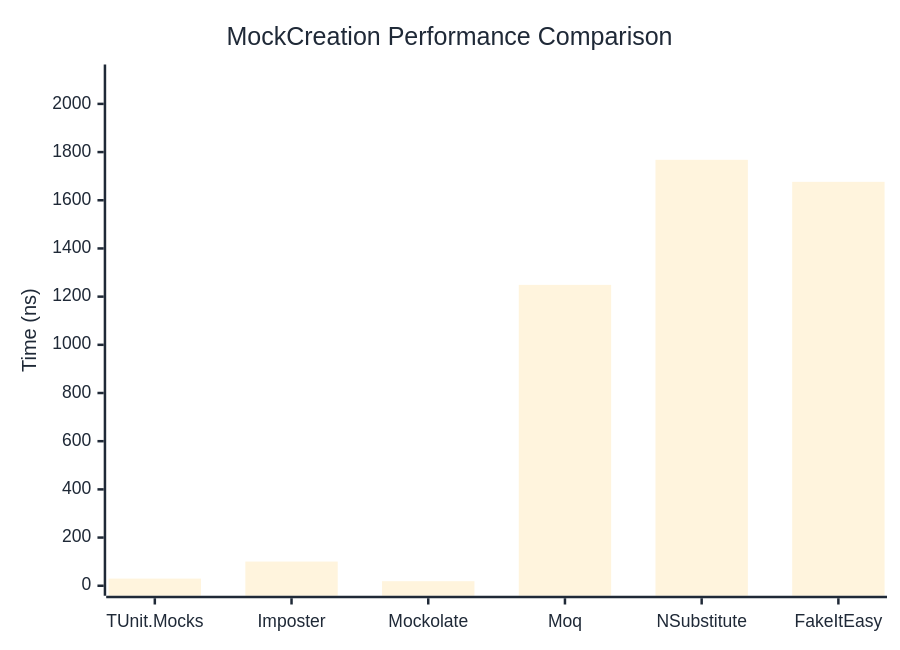
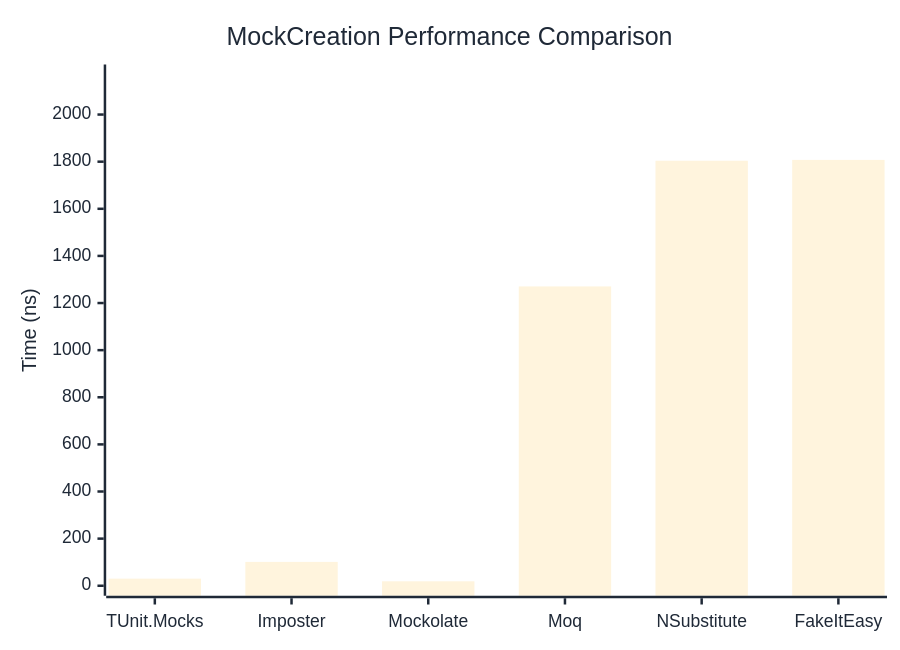
The first of 2 diagrams in docs/docs/benchmarks/mocks/MockCreation.md (thomhurst/TUnit), drawn with Mermaid before and after one commit. The commit also changed other lines of this file and 14 other files, not shown here.

````diff
--- a/docs/docs/benchmarks/mocks/MockCreation.md
+++ b/docs/docs/benchmarks/mocks/MockCreation.md
@@ -30,27 +30,27 @@
 ```mermaid
 %%{init: {
   'theme':'base',
   'themeVariables': {
     'primaryColor': '#2563eb',
     'primaryTextColor': '#1f2937',
     'primaryBorderColor': '#1e40af',
     'lineColor': '#6b7280',
     'secondaryColor': '#7c3aed',
     'tertiaryColor': '#dc2626',
     'background': '#ffffff',
     'pie1': '#2563eb',
     'pie2': '#7c3aed',
     'pie3': '#dc2626',
     'pie4': '#f59e0b',
     'pie5': '#10b981',
     'pie6': '#06b6d4',
     'pie7': '#ec4899',
     'pie8': '#6366f1'
   }
 }}%%
 xychart-beta
   title "MockCreation Performance Comparison"
   x-axis ["TUnit.Mocks", "Imposter", "Mockolate", "Moq", "NSubstitute", "FakeItEasy"]
-  y-axis "Time (ns)" 0 --> 2122
-  bar [29.71, 100.44, 18.98, 1248.86, 1767.87, 1676.49]
+  y-axis "Time (ns)" 0 --> 2170
+  bar [30.17, 101.17, 18.9, 1270.5, 1803.94, 1807.54]
 ```
````
